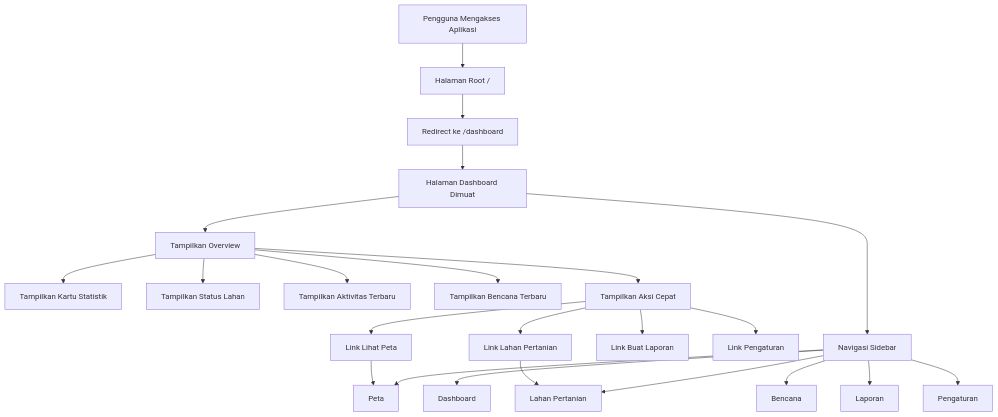
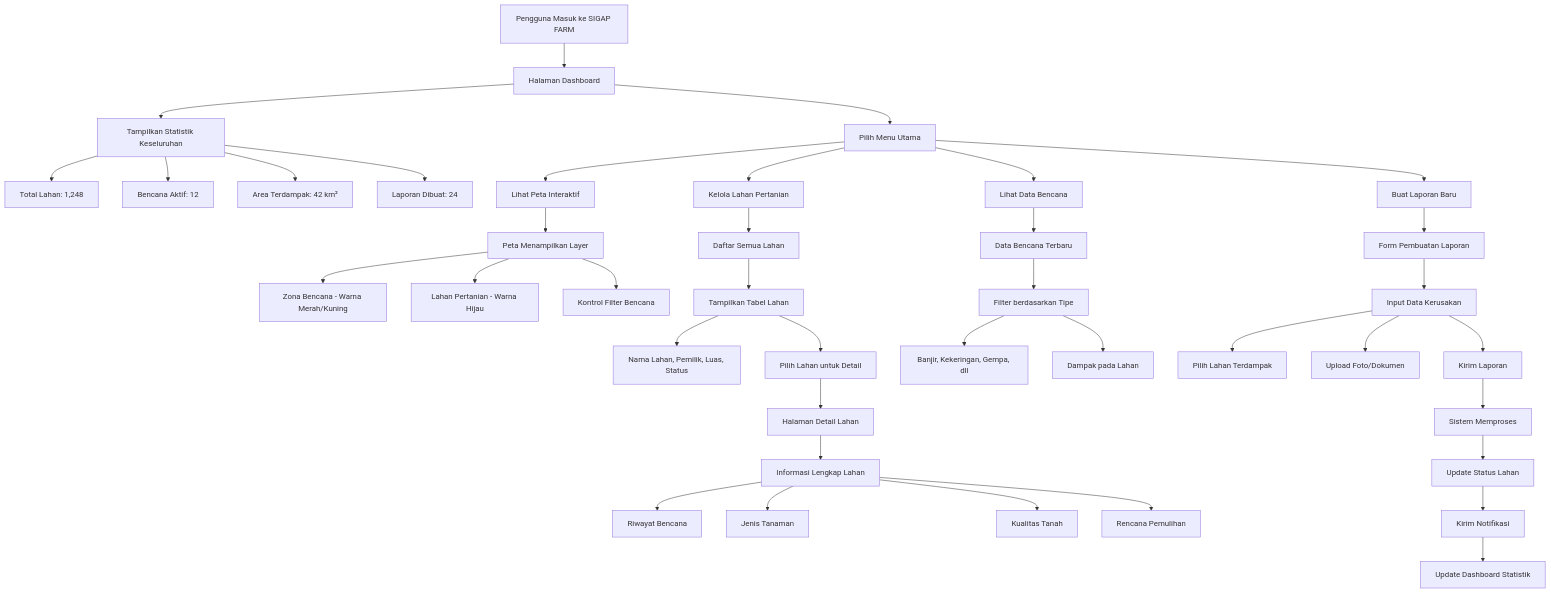
Before and after one commit to MakdumIbrohim/sigap-farm: the first of 3 diagrams in plans/flowchart.md, drawn with Mermaid. The commit also changed other lines of this file, not shown here.

Commit message:
docs(flowchart): update flowchart and algorithm documentation for SIGAP FARM

````diff
--- a/plans/flowchart.md
+++ b/plans/flowchart.md
@@ -8,29 +14,48 @@
 ```mermaid
 flowchart TD
-    A[Pengguna Mengakses Aplikasi] --> B[Halaman Root /]
-    B --> C[Redirect ke /dashboard]
-    C --> D[Halaman Dashboard Dimuat]
+    A[Pengguna Masuk ke SIGAP FARM] --> B[Halaman Dashboard]
+    B --> C[Tampilkan Statistik Keseluruhan]
+    C --> D[Total Lahan: 1,248]
+    C --> E[Bencana Aktif: 12]
+    C --> F[Area Terdampak: 42 km²]
+    C --> G[Laporan Dibuat: 24]
 
-    D --> E[Tampilkan Overview]
-    E --> F[Tampilkan Kartu Statistik]
-    E --> G[Tampilkan Status Lahan]
-    E --> H[Tampilkan Aktivitas Terbaru]
-    E --> I[Tampilkan Bencana Terbaru]
-    E --> J[Tampilkan Aksi Cepat]
+    B --> H[Pilih Menu Utama]
+    H --> I[Lihat Peta Interaktif]
+    H --> J[Kelola Lahan Pertanian]
+    H --> K[Lihat Data Bencana]
+    H --> L[Buat Laporan Baru]
 
-    J --> K[Link Lihat Peta]
-    J --> L[Link Lahan Pertanian]
-    J --> M[Link Buat Laporan]
-    J --> N[Link Pengaturan]
+    I --> M[Peta Menampilkan Layer]
+    M --> N[Zona Bencana - Warna Merah/Kuning]
+    M --> O[Lahan Pertanian - Warna Hijau]
+    M --> P[Kontrol Filter Bencana]
 
-    D --> O[Navigasi Sidebar]
-    O --> P[Dashboard]
-    O --> Q[Peta]
-    O --> R[Lahan Pertanian]
-    O --> S[Bencana]
-    O --> T[Laporan]
-    O --> U[Pengaturan]
+    J --> Q[Daftar Semua Lahan]
+    Q --> R[Tampilkan Tabel Lahan]
+    R --> S[Nama Lahan, Pemilik, Luas, Status]
+    R --> T[Pilih Lahan untuk Detail]
 
-    K --> Q
-    L --> R
+    T --> U[Halaman Detail Lahan]
+    U --> V[Informasi Lengkap Lahan]
+    V --> W[Riwayat Bencana]
+    V --> X[Jenis Tanaman]
+    V --> Y[Kualitas Tanah]
+    V --> Z[Rencana Pemulihan]
+
+    K --> AA[Data Bencana Terbaru]
+    AA --> BB[Filter berdasarkan Tipe]
+    BB --> CC[Banjir, Kekeringan, Gempa, dll]
+    BB --> DD[Dampak pada Lahan]
+
+    L --> EE[Form Pembuatan Laporan]
+    EE --> FF[Input Data Kerusakan]
+    FF --> GG[Pilih Lahan Terdampak]
+    FF --> HH[Upload Foto/Dokumen]
+    FF --> II[Kirim Laporan]
+
+    II --> JJ[Sistem Memproses]
+    JJ --> KK[Update Status Lahan]
+    KK --> LL[Kirim Notifikasi]
+    LL --> MM[Update Dashboard Statistik]
 ```
````
